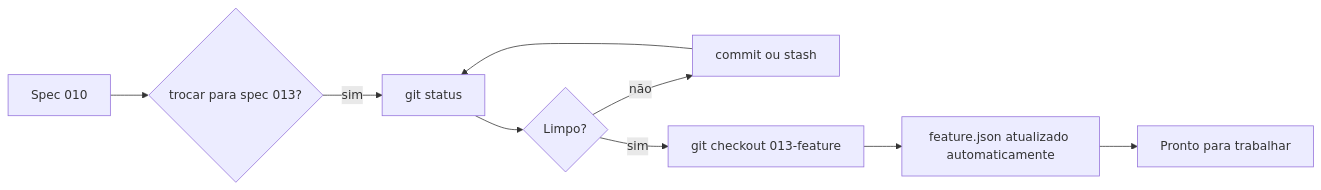
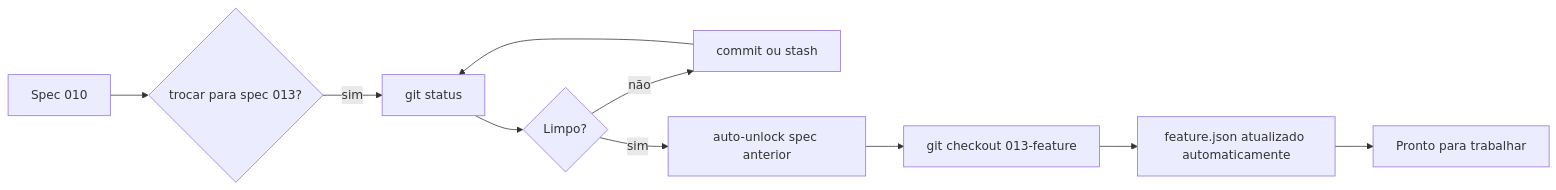
Diagram 12 of 12 in README.md (wagner-sousa/spec-kit-docker), drawn with Mermaid before and after one commit. The commit also changed other lines of this file and 1 other file, not shown here.

First line of the commit message:
docs(lifecycle): update README and lifecycle docs for per-spec architecture

````diff
--- a/README.md
+++ b/README.md
@@ -299,11 +304,12 @@
 ```mermaid
 graph LR
     A[Spec 010] --> B{trocar para spec 013?}
     B -->|sim| C[git status]
     C --> D{Limpo?}
     D -->|não| E[commit ou stash]
     E --> C
-    D -->|sim| F[git checkout 013-feature]
-    F --> G[feature.json atualizado automaticamente]
-    G --> H[Pronto para trabalhar]
+    D -->|sim| F[auto-unlock spec anterior]
+    F --> G[git checkout 013-feature]
+    G --> H[feature.json atualizado automaticamente]
+    H --> I[Pronto para trabalhar]
 ```
````
